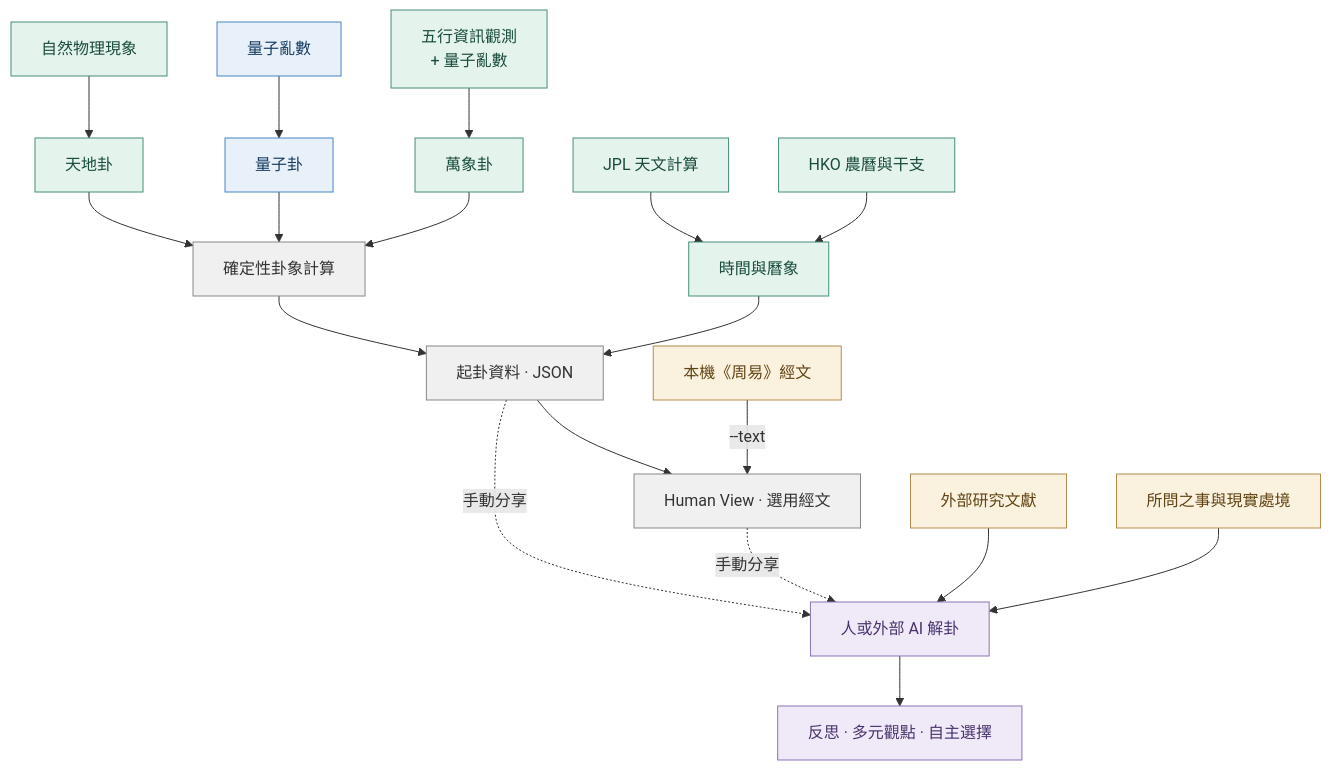
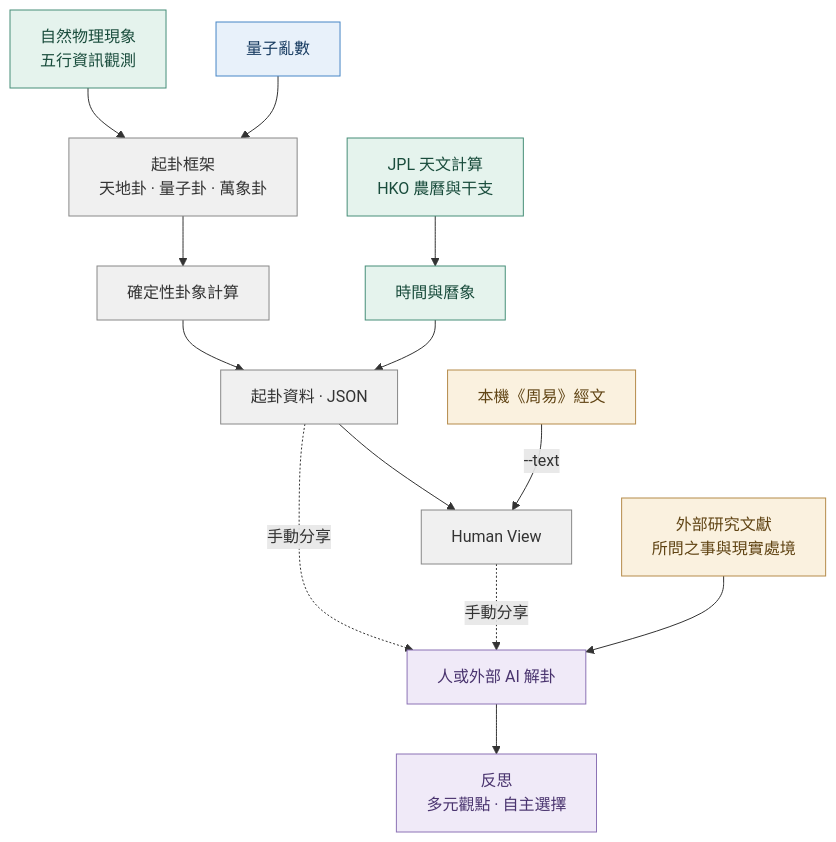
Before and after one commit to cctsao1008/trng-iching: the diagram in README.zh-TW.md, drawn with Mermaid.

Commit message:
docs: compact architecture diagram in README.zh-TW.md

````diff
--- a/README.zh-TW.md
+++ b/README.zh-TW.md
@@ -236,33 +236,33 @@
 ```mermaid
 flowchart TD
-    N["自然物理現象"] --> PH["天地卦"]
-    Q["量子亂數"] --> QH["量子卦"]
-    F["五行資訊觀測<br/>+ 量子亂數"] --> MH["萬象卦"]
+    N["自然物理現象<br/>五行資訊觀測"] --> M["起卦框架<br/>天地卦 · 量子卦 · 萬象卦"]
+    Q["量子亂數"] --> M
+    M --> H["確定性卦象計算"]
 
-    PH --> H["確定性卦象計算"]
-    QH --> H
-    MH --> H
+    A["JPL 天文計算<br/>HKO 農曆與干支"] --> T["時間與曆象"]
 
-    A["JPL 天文計算"] --> T["時間與曆象"]
-    C["HKO 農曆與干支"] --> T
     H --> R["起卦資料 · JSON"]
     T --> R
-    R --> V["Human View · 選用經文"]
+
+    R --> V["Human View"]
     Z["本機《周易》經文"] -->|"--text"| V
+
     R -. 手動分享 .-> I["人或外部 AI 解卦"]
     V -. 手動分享 .-> I
-    S["外部研究文獻"] --> I
-    P["所問之事與現實處境"] --> I
-    I --> O["反思 · 多元觀點 · 自主選擇"]
+
+    S["外部研究文獻<br/>所問之事與現實處境"] --> I
+
+    I --> O["反思<br/>多元觀點 · 自主選擇"]
 
     classDef randomness fill:#e8f1fa,stroke:#4786c6,color:#173b60
     classDef science fill:#e5f3ed,stroke:#468e78,color:#194c3c
     classDef record fill:#f0f0f0,stroke:#888,color:#333
     classDef references fill:#faf1df,stroke:#b58b4b,color:#604414
     classDef reflection fill:#f0eaf8,stroke:#8c72b5,color:#49336e
-    class Q,QH randomness
-    class N,PH,F,MH,A,C,T science
-    class H,R,V record
-    class Z,S,P references
+
+    class Q randomness
+    class N,A,T science
+    class M,H,R,V record
+    class Z,S references
     class I,O reflection
 ```
````
